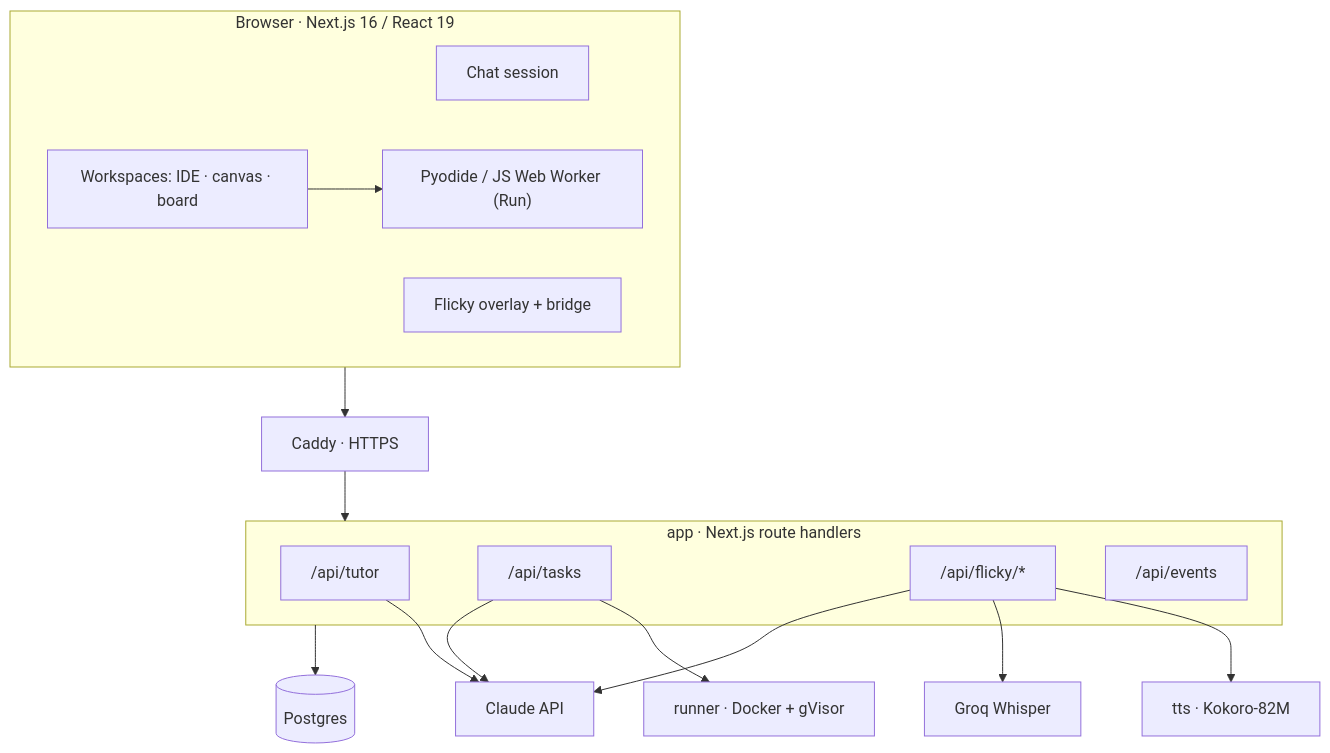
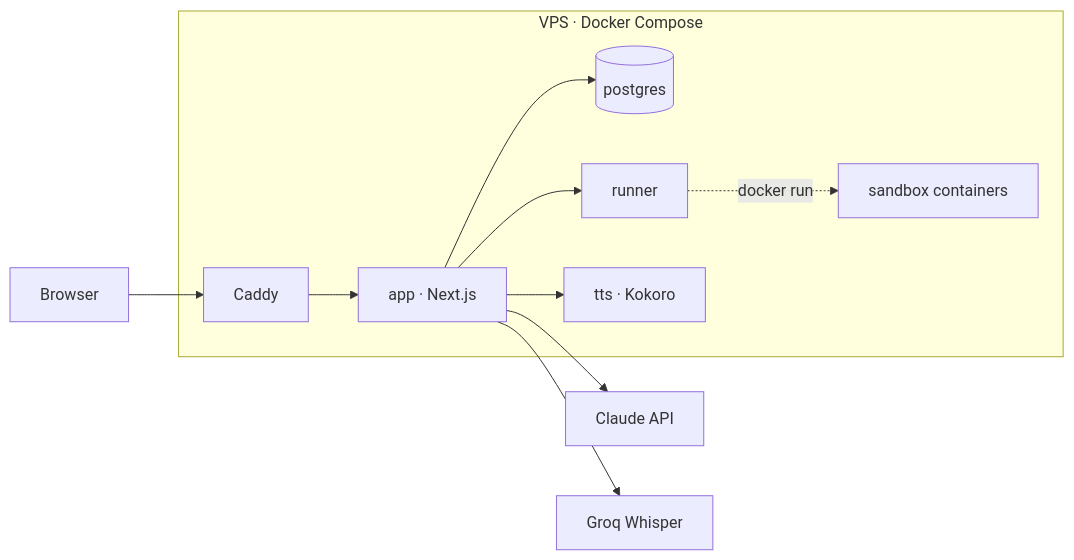
One commit to Zimran-Business-Cup/1 changed the first of 2 diagrams in docs/ARCHITECTURE.md. Above: the diagram before and after it, drawn with Mermaid. The commit also changed other lines of this file and 56 other files, not shown here.

````diff
--- a/docs/ARCHITECTURE.md
+++ b/docs/ARCHITECTURE.md
@@ -43,30 +7,13 @@
 ```mermaid
-flowchart TB
-  subgraph Browser["Browser · Next.js 16 / React 19"]
-    Chat["Chat session"]
-    WS["Workspaces: IDE · canvas · board"]
-    Worker["Pyodide / JS Web Worker (Run)"]
-    Flicky["Flicky overlay + bridge"]
+flowchart LR
+  Browser --> Caddy
+  subgraph host [VPS · Docker Compose]
+    Caddy --> App[app · Next.js]
+    App --> PG[(postgres)]
+    App --> Runner[runner]
+    App --> TTS[tts · Kokoro]
+    Runner -. docker run .-> Sandbox[sandbox containers]
   end
-  Caddy["Caddy · HTTPS"]
-  subgraph App["app · Next.js route handlers"]
-    Tutor["/api/tutor"]
-    Tasks["/api/tasks"]
-    FlickyAPI["/api/flicky/*"]
-    Events["/api/events"]
-  end
-  Runner["runner · Docker + gVisor"]
-  PG[("Postgres")]
-  TTS["tts · Kokoro-82M"]
-  Claude["Claude API"]
-  Groq["Groq Whisper"]
-  Browser --> Caddy --> App
-  WS --> Worker
-  Tasks --> Runner
-  App --> PG
-  FlickyAPI --> TTS
-  FlickyAPI --> Groq
-  Tutor --> Claude
-  Tasks --> Claude
-  FlickyAPI --> Claude
+  App --> Claude[Claude API]
+  App --> Groq[Groq Whisper]
 ```
````
